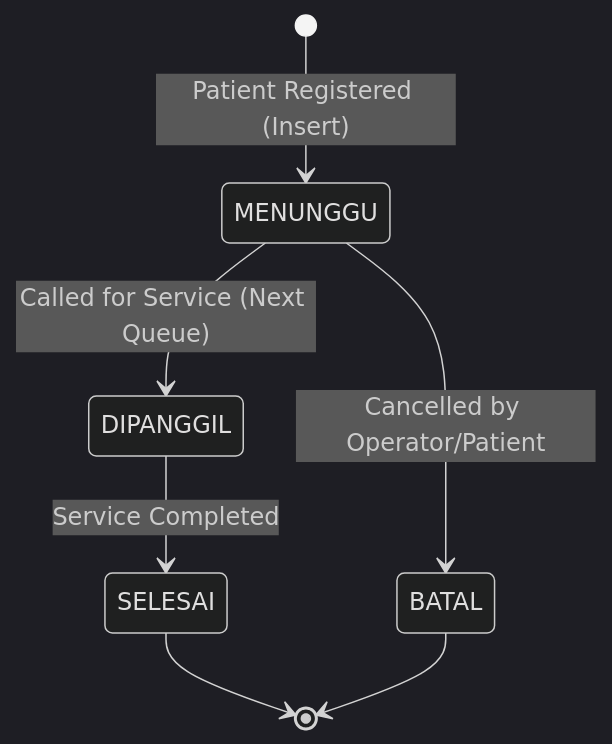
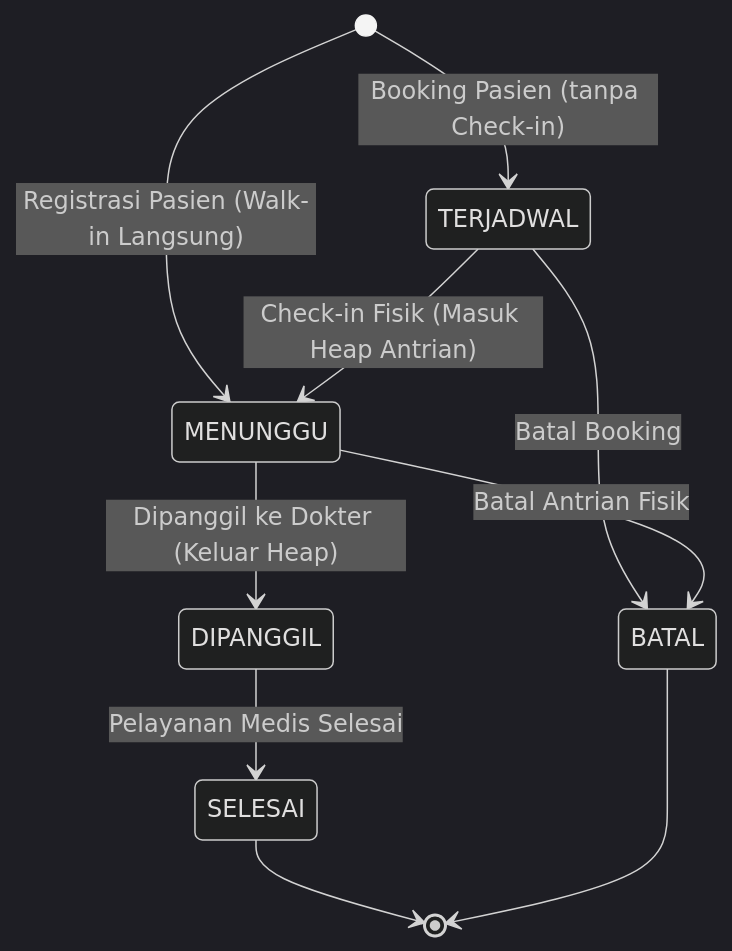
The diagram in docs/system_rules_and_constraints.md (rafaelatantya/strukdat-final), drawn with Mermaid (dark theme) before and after one commit. The commit also changed other lines of this file and 620 other files, not shown here.

````diff
--- a/docs/system_rules_and_constraints.md
+++ b/docs/system_rules_and_constraints.md
@@ -46,9 +60,12 @@
 ```mermaid
 stateDiagram-v2
-    [*] --> MENUNGGU : Patient Registered (Insert)
-    MENUNGGU --> DIPANGGIL : Called for Service (Next Queue)
-    DIPANGGIL --> SELESAI : Service Completed
-    MENUNGGU --> BATAL : Cancelled by Operator/Patient
+    [*] --> TERJADWAL : Booking Pasien (tanpa Check-in)
+    [*] --> MENUNGGU : Registrasi Pasien (Walk-in Langsung)
+    TERJADWAL --> MENUNGGU : Check-in Fisik (Masuk Heap Antrian)
+    MENUNGGU --> DIPANGGIL : Dipanggil ke Dokter (Keluar Heap)
+    DIPANGGIL --> SELESAI : Pelayanan Medis Selesai
+    TERJADWAL --> BATAL : Batal Booking
+    MENUNGGU --> BATAL : Batal Antrian Fisik
     SELESAI --> [*]
     BATAL --> [*]
 ```
````
